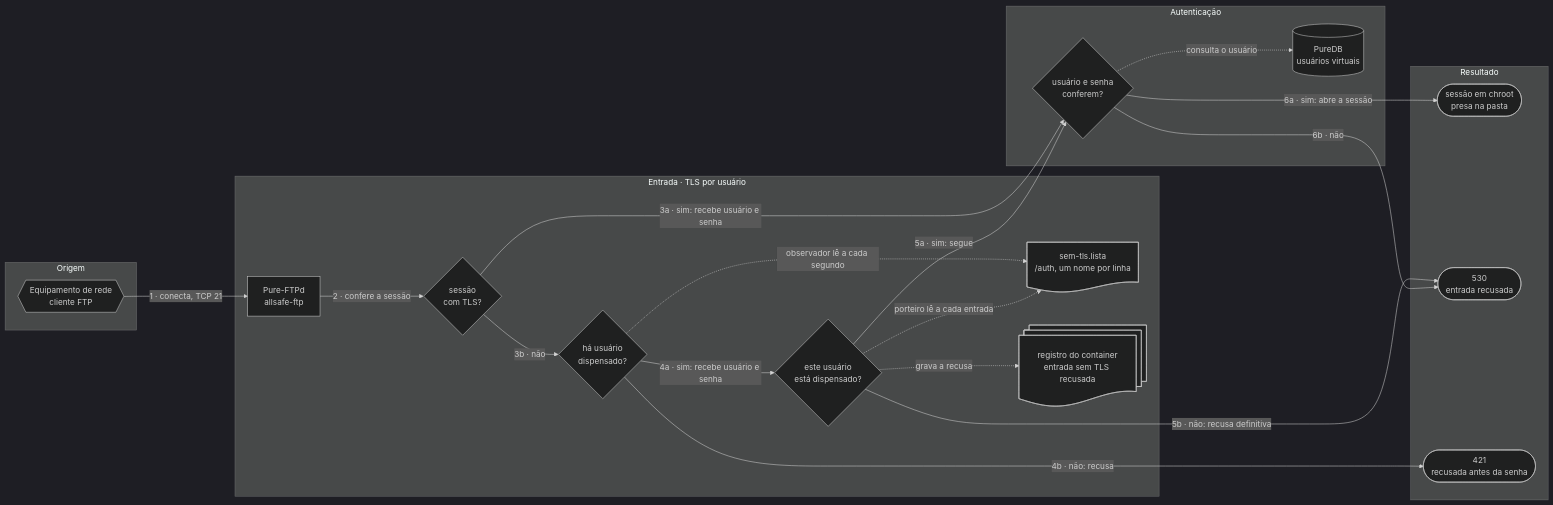
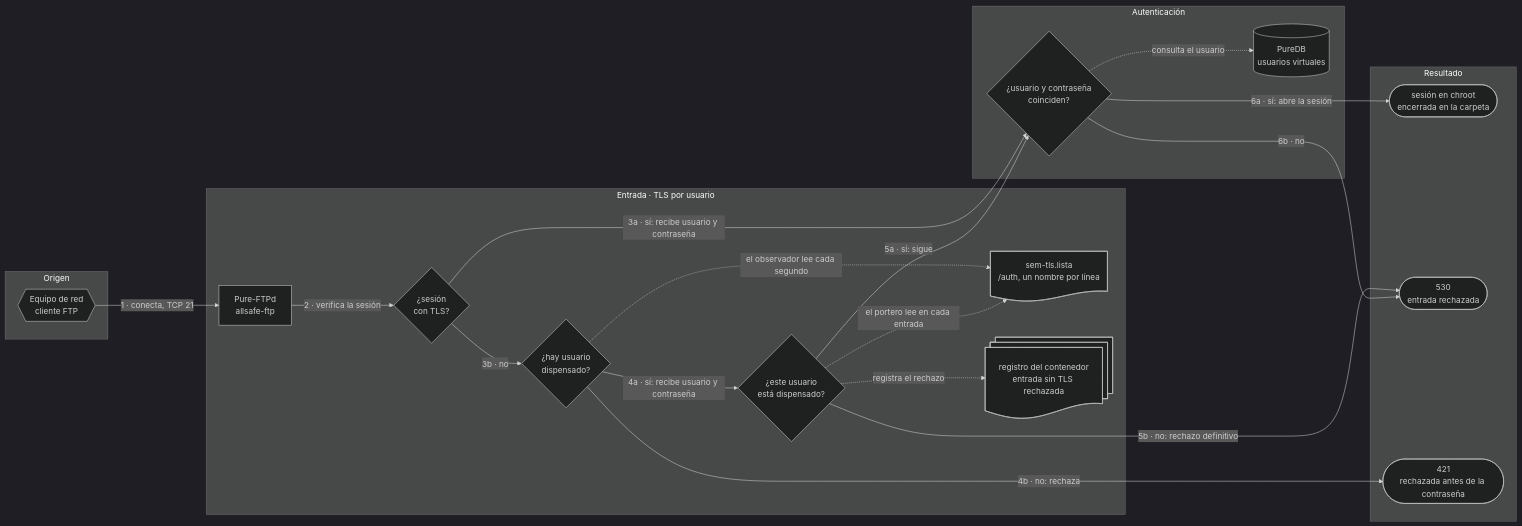
The second of 5 diagrams in doc/es/seguridad.md (CarlosSuporteISP/allsafe-ftp-stack), drawn with Mermaid before and after one commit. The commit also changed other lines of this file and 66 other files, not shown here.

First line of the commit message:
docs: documentação em espanhol, diagramas e selos dos três idiomas (parte 3)

````diff
--- a/doc/es/seguridad.md
+++ b/doc/es/seguridad.md
@@ -343,39 +343,39 @@
 ```mermaid
 %%{init: {"theme": "dark"}}%%
 flowchart LR
-    subgraph ORIGEM["Origem"]
-        equip@{ shape: hex, label: "Equipamento de rede<br>cliente FTP" }
+    subgraph ORIGEM["Origen"]
+        equip@{ shape: hex, label: "Equipo de red<br>cliente FTP" }
     end
-    subgraph ENTRADA["Entrada · TLS por usuário"]
+    subgraph ENTRADA["Entrada · TLS por usuario"]
         ftp@{ shape: rect, label: "Pure-FTPd<br>allsafe-ftp" }
-        tls@{ shape: diam, label: "sessão<br>com TLS?" }
-        algum@{ shape: diam, label: "há usuário<br>dispensado?" }
-        marcado@{ shape: diam, label: "este usuário<br>está dispensado?" }
-        lista@{ shape: doc, label: "sem-tls.lista<br>/auth, um nome por linha" }
-        registro@{ shape: docs, label: "registro do container<br>entrada sem TLS recusada" }
+        tls@{ shape: diam, label: "¿sesión<br>con TLS?" }
+        algum@{ shape: diam, label: "¿hay usuario<br>dispensado?" }
+        marcado@{ shape: diam, label: "¿este usuario<br>está dispensado?" }
+        lista@{ shape: doc, label: "sem-tls.lista<br>/auth, un nombre por línea" }
+        registro@{ shape: docs, label: "registro del contenedor<br>entrada sin TLS rechazada" }
     end
-    subgraph AUTH["Autenticação"]
-        puredb@{ shape: cyl, label: "PureDB<br>usuários virtuais" }
-        login@{ shape: diam, label: "usuário e senha<br>conferem?" }
+    subgraph AUTH["Autenticación"]
+        puredb@{ shape: cyl, label: "PureDB<br>usuarios virtuales" }
+        login@{ shape: diam, label: "¿usuario y contraseña<br>coinciden?" }
     end
     subgraph RESULTADO["Resultado"]
-        sessao@{ shape: stadium, label: "sessão em chroot<br>presa na pasta" }
-        recusa@{ shape: stadium, label: "530<br>entrada recusada" }
-        antes@{ shape: stadium, label: "421<br>recusada antes da senha" }
+        sessao@{ shape: stadium, label: "sesión en chroot<br>encerrada en la carpeta" }
+        recusa@{ shape: stadium, label: "530<br>entrada rechazada" }
+        antes@{ shape: stadium, label: "421<br>rechazada antes de la contraseña" }
     end
 
     equip -- "1 · conecta, TCP 21" --> ftp
-    ftp -- "2 · confere a sessão" --> tls
-    tls -- "3a · sim: recebe usuário e senha" --> login
-    tls -- "3b · não" --> algum
-    algum -- "4a · sim: recebe usuário e senha" --> marcado
-    algum -- "4b · não: recusa" --> antes
-    marcado -- "5a · sim: segue" --> login
-    marcado -- "5b · não: recusa definitiva" --> recusa
-    login -- "6a · sim: abre a sessão" ---> sessao
-    login -- "6b · não" ---> recusa
-    algum -. "observador lê a cada segundo" .-> lista
-    marcado -. "porteiro lê a cada entrada" .-> lista
-    marcado -. "grava a recusa" .-> registro
-    login -. "consulta o usuário" .-> puredb
+    ftp -- "2 · verifica la sesión" --> tls
+    tls -- "3a · sí: recibe usuario y contraseña" --> login
+    tls -- "3b · no" --> algum
+    algum -- "4a · sí: recibe usuario y contraseña" --> marcado
+    algum -- "4b · no: rechaza" --> antes
+    marcado -- "5a · sí: sigue" --> login
+    marcado -- "5b · no: rechazo definitivo" --> recusa
+    login -- "6a · sí: abre la sesión" ---> sessao
+    login -- "6b · no" ---> recusa
+    algum -. "el observador lee cada segundo" .-> lista
+    marcado -. "el portero lee en cada entrada" .-> lista
+    marcado -. "registra el rechazo" .-> registro
+    login -. "consulta el usuario" .-> puredb
 ```
````
